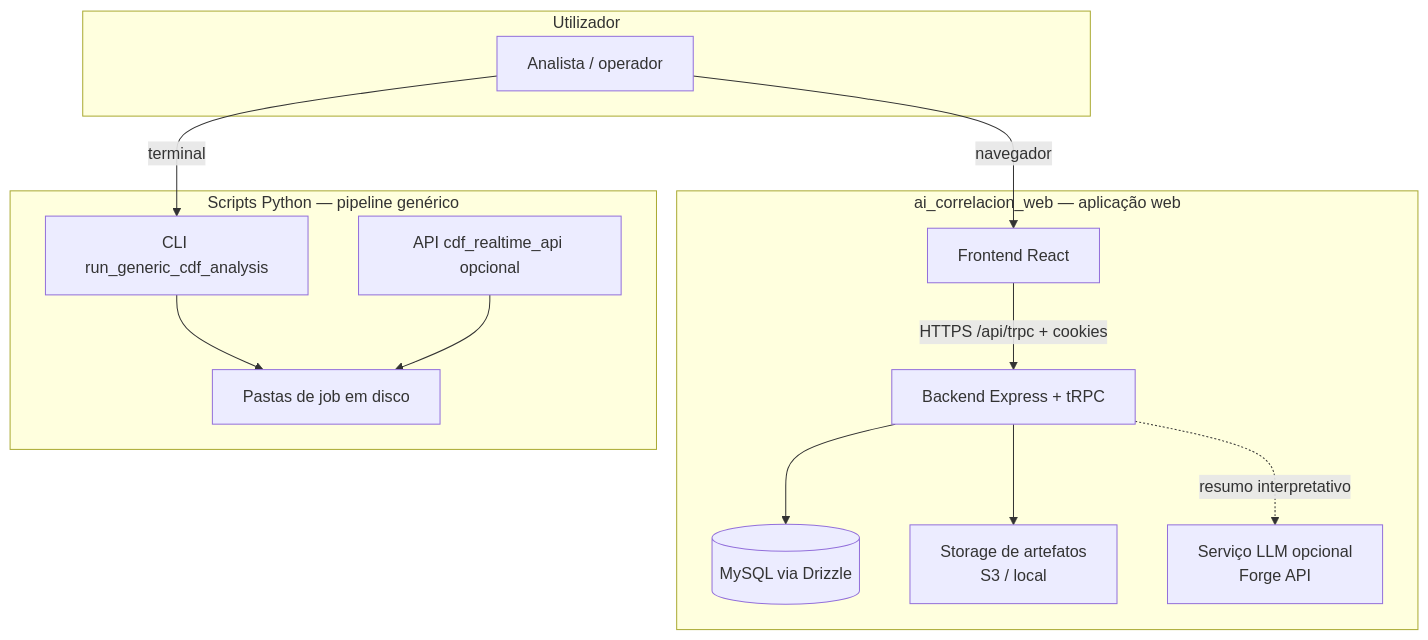
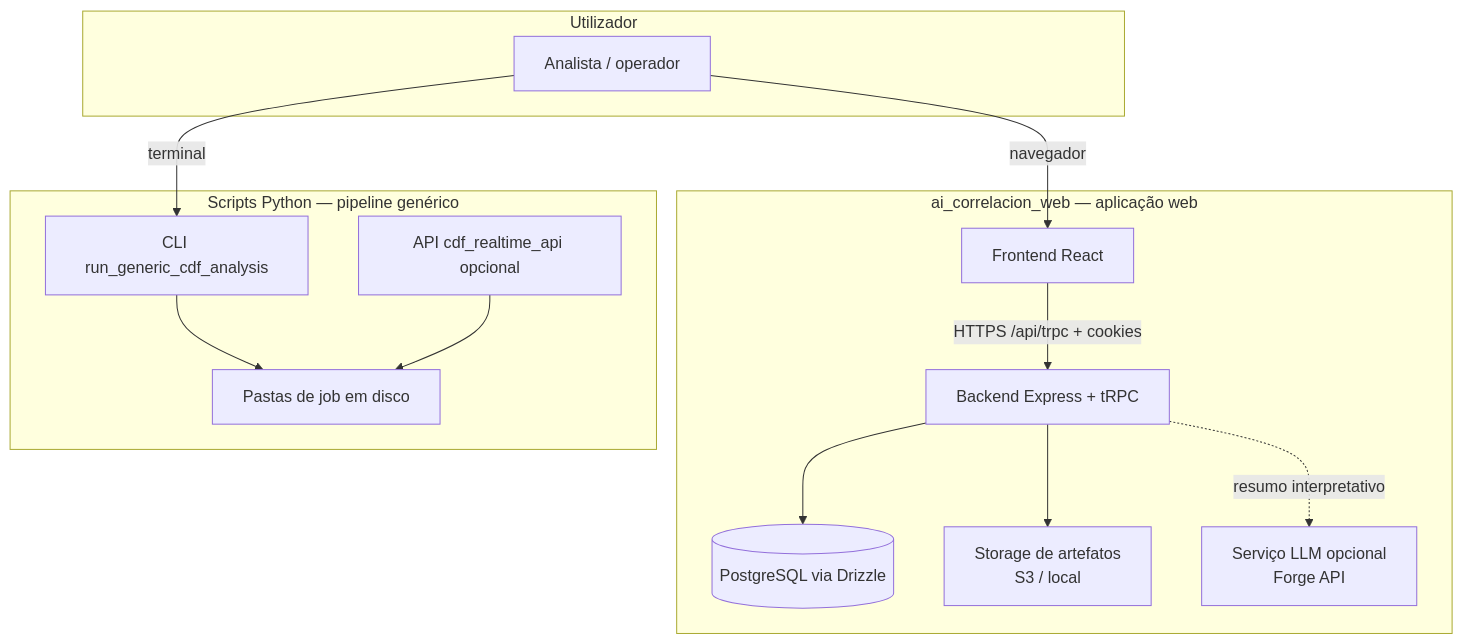
One commit to margefson/AI_correlacion_contradef changed the first of 3 diagrams in docs/MANUAL_COMPLETO_SISTEMA.md. Above: the diagram before and after it, drawn with Mermaid. The commit also changed other lines of this file and 23 other files, not shown here.

First line of the commit message:
feat(db): PostgreSQL (Drizzle + pg) em vez de MySQL; docs e Render

````diff
--- a/docs/MANUAL_COMPLETO_SISTEMA.md
+++ b/docs/MANUAL_COMPLETO_SISTEMA.md
@@ -34,29 +34,29 @@
 ```mermaid
 flowchart TB
   subgraph utilizador["Utilizador"]
     A1[Analista / operador]
   end
 
   subgraph web["ai_correlacion_web — aplicação web"]
     FE[Frontend React]
     BE[Backend Express + tRPC]
-    DB[(MySQL via Drizzle)]
+    DB[(PostgreSQL via Drizzle)]
     ST[Storage de artefatos<br/>S3 / local]
     LLM[Serviço LLM opcional<br/>Forge API]
   end
 
   subgraph py["Scripts Python — pipeline genérico"]
     CLI[CLI run_generic_cdf_analysis]
     PAPI[API cdf_realtime_api opcional]
     JOBS[Pastas de job em disco]
   end
 
   A1 -->|navegador| FE
   FE -->|HTTPS /api/trpc + cookies| BE
   BE --> DB
   BE --> ST
   BE -.->|resumo interpretativo| LLM
   A1 -->|terminal| CLI
   CLI --> JOBS
   PAPI --> JOBS
 ```
````
